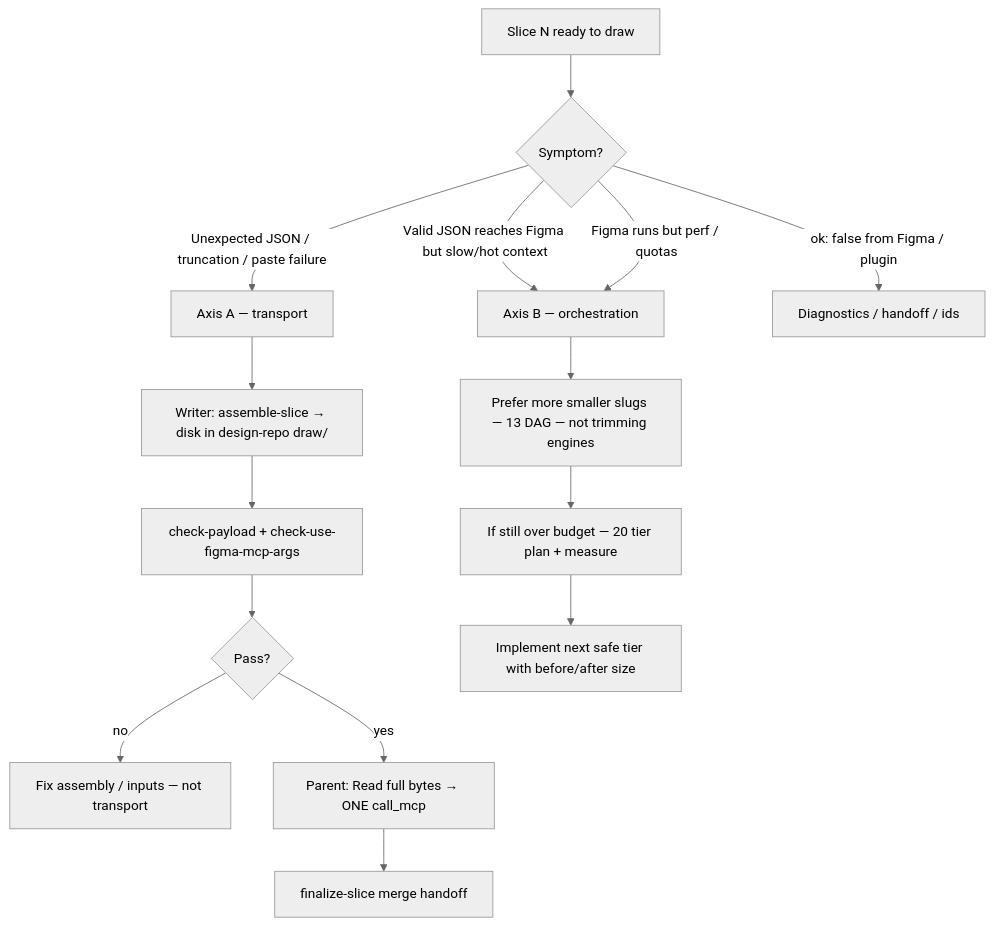
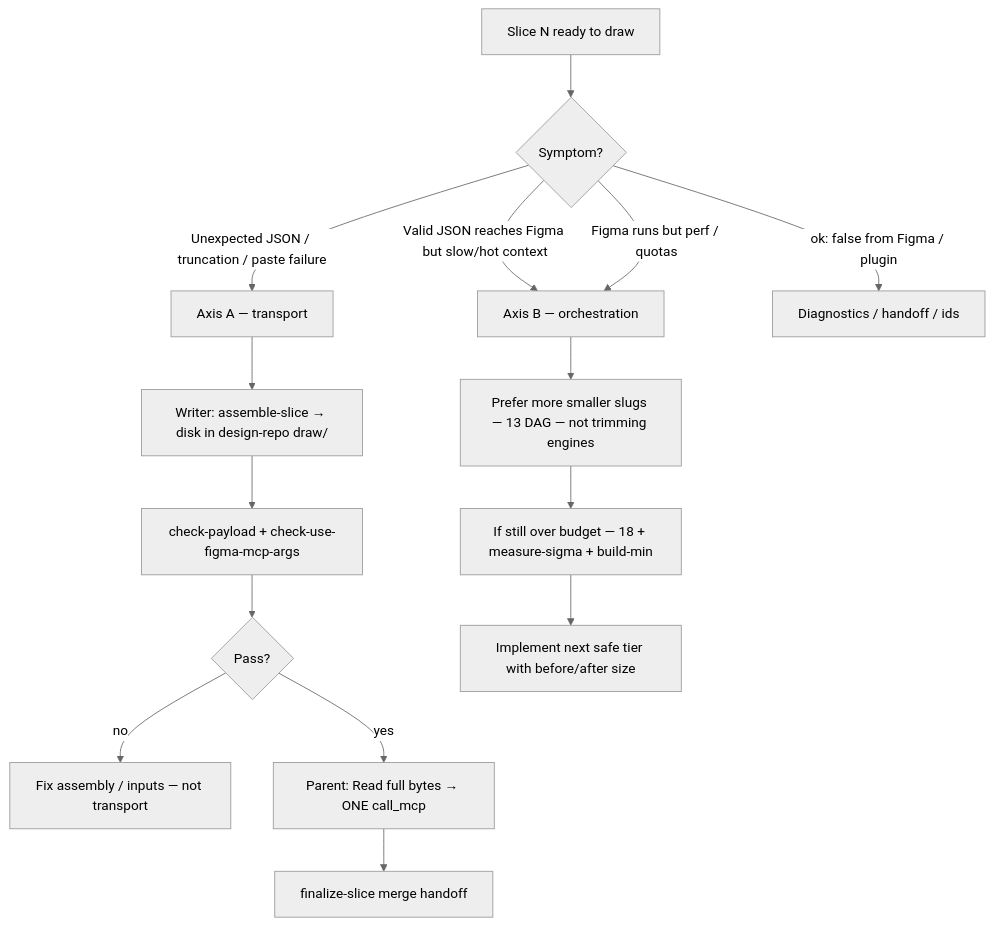
One commit to JBabcock-DL/DesignOps-plugin changed the diagram in skills/create-component/conventions/21-mcp-ephemeral-payload-protocol.md. Above: the diagram before and after it, drawn with Mermaid (neutral theme). The commit also changed other lines of this file and 70 other files, not shown here.

````diff
--- a/skills/create-component/conventions/21-mcp-ephemeral-payload-protocol.md
+++ b/skills/create-component/conventions/21-mcp-ephemeral-payload-protocol.md
@@ -23,20 +23,20 @@
 ```mermaid
 flowchart TD
   start[Slice N ready to draw] --> classify{Symptom?}
   classify -->|"Unexpected JSON / truncation / paste failure"| axisA["Axis A — transport"]
   classify -->|"Valid JSON reaches Figma but slow/hot context"| axisB["Axis B — orchestration"]
   classify -->|"Figma runs but perf / quotas"| axisB
   classify -->|"ok: false from Figma / plugin"| figmaDiag[Diagnostics / handoff / ids]
 
   axisA --> writer["Writer: assemble-slice → disk in design-repo draw/"]
   writer --> chk["check-payload + check-use-figma-mcp-args"]
   chk --> okChk{"Pass?"}
   okChk -->|no| fixAsm[Fix assembly / inputs — not transport]
   okChk -->|yes| parentRead["Parent: Read full bytes → ONE call_mcp"]
   parentRead --> doneA[finalize-slice merge handoff]
 
   axisB --> smaller["Prefer more smaller slugs — 13 DAG — not trimming engines"]
-  smaller --> roadmap["If still over budget — 20 tier plan + measure"]
+  smaller --> roadmap["If still over budget — 18 + measure-sigma + build-min"]
 
   roadmap --> tier[Implement next safe tier with before/after size]
 ```
````
